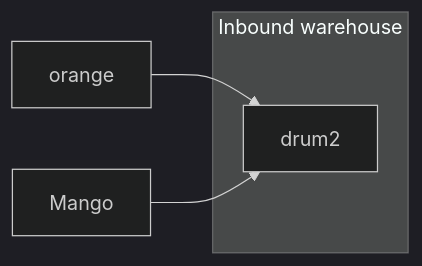
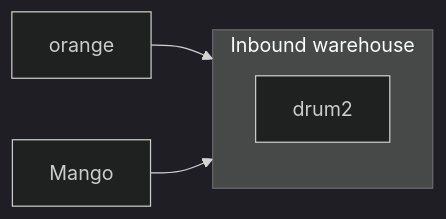
The second of 2 diagrams in _posts/2024-05-01-TFC-round-3.md (moonIsMyFriend/basicConcept.github.io), drawn with Mermaid (dark theme) before and after one commit.

```diff
--- a/_posts/2024-05-01-TFC-round-3.md
+++ b/_posts/2024-05-01-TFC-round-3.md
@@ -22,10 +22,11 @@
  <pre class="mermaid">
     flowchart LR
       subgraph "Inbound warehouse"
-      id[drum1]
-      id[drum2]
+        direction TD
+        id[drum1]
+        id[drum2]
       end
       orange --> id[drum1]
       Mango --> id[drum2]
 
 </pre>
```
